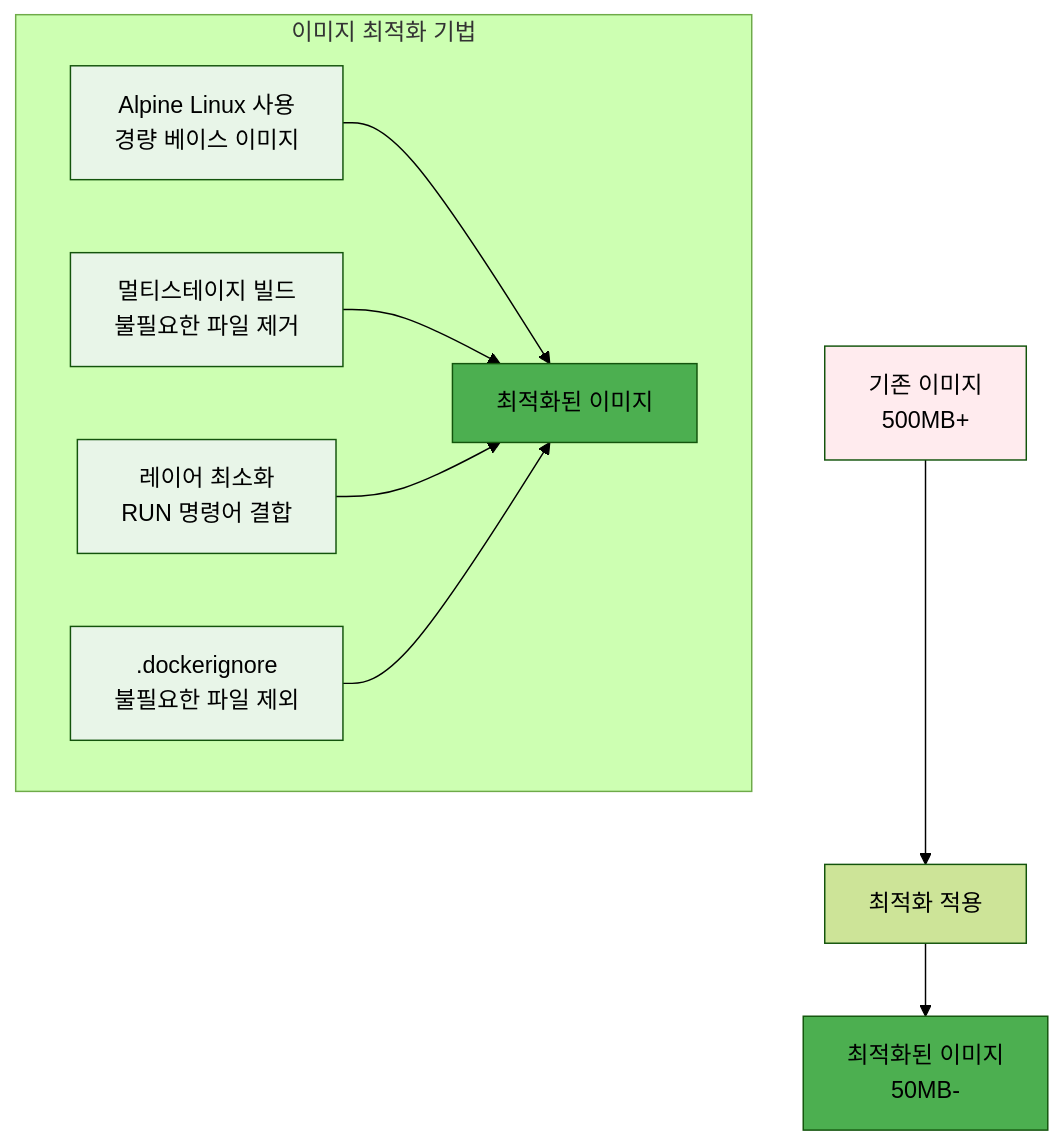
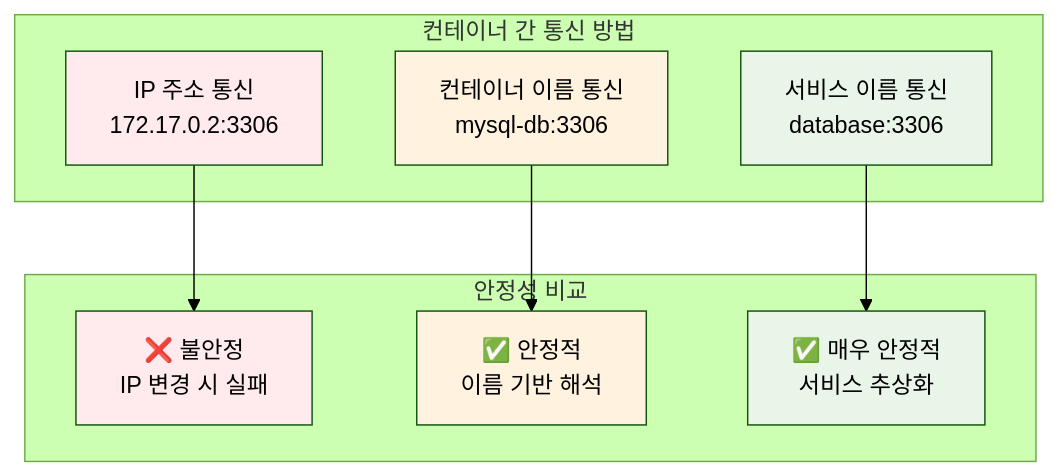
One commit to niceguy61/kdt_devops_lecture_2025 changed the second of 5 diagrams in theory/week_02/day1/session_2.md. Above: the diagram before and after it, drawn with Mermaid (forest theme). The commit also changed other lines of this file and 70 other files, not shown here.

````diff
--- a/theory/week_02/day1/session_2.md
+++ b/theory/week_02/day1/session_2.md
@@ -37,20 +61,21 @@
 ```mermaid
 graph TB
-    subgraph "이미지 최적화 기법"
-        A[Alpine Linux 사용<br/>경량 베이스 이미지] --> E[최적화된 이미지]
-        B[멀티스테이지 빌드<br/>불필요한 파일 제거] --> E
-        C[레이어 최소화<br/>RUN 명령어 결합] --> E
-        D[.dockerignore<br/>불필요한 파일 제외] --> E
+    subgraph "컨테이너 간 통신 방법"
+        A[IP 주소 통신<br/>172.17.0.2:3306]
+        B[컨테이너 이름 통신<br/>mysql-db:3306]
+        C[서비스 이름 통신<br/>database:3306]
     end
     
-    F[기존 이미지<br/>500MB+] --> G[최적화 적용]
-    G --> H[최적화된 이미지<br/>50MB-]
+    subgraph "안정성 비교"
+        A --> A1[❌ 불안정<br/>IP 변경 시 실패]
+        B --> B1[✅ 안정적<br/>이름 기반 해석]
+        C --> C1[✅ 매우 안정적<br/>서비스 추상화]
+    end
     
-    style A fill:#e8f5e8
-    style B fill:#e8f5e8
+    style A fill:#ffebee
+    style B fill:#fff3e0
     style C fill:#e8f5e8
-    style D fill:#e8f5e8
-    style E fill:#4caf50
-    style H fill:#4caf50
-    style F fill:#ffebee
+    style A1 fill:#ffebee
+    style B1 fill:#fff3e0
+    style C1 fill:#e8f5e8
 ```
````
